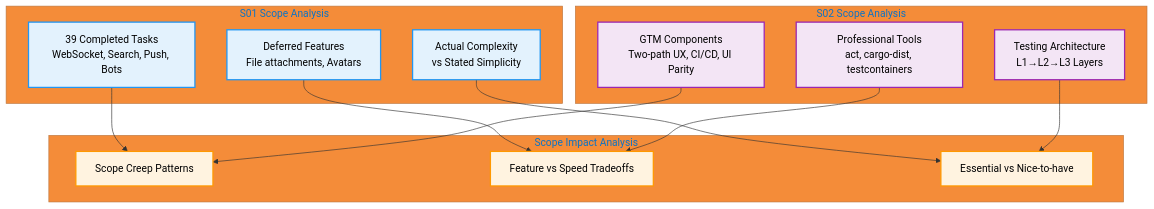
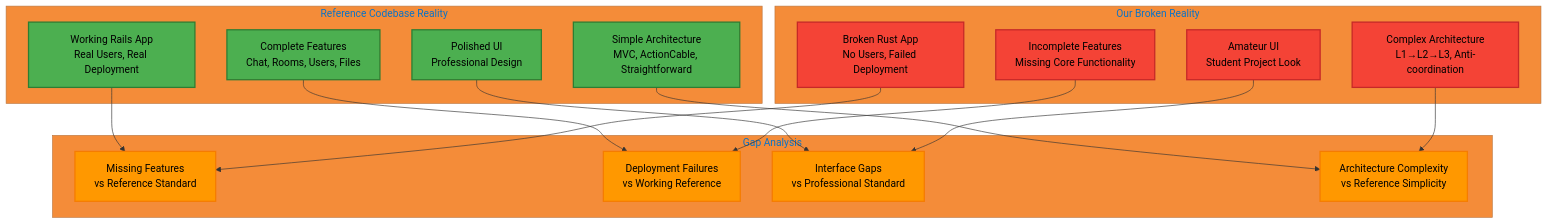
Before and after one commit to that-in-rust/campfire-on-rust: the second of 7 diagrams in .kiro/specs/S03-reflect-learn-improve-sop/design.md, drawn with Mermaid. The commit also changed other lines of this file and 2 other files, not shown here.

````diff
--- a/.kiro/specs/S03-reflect-learn-improve-sop/design.md
+++ b/.kiro/specs/S03-reflect-learn-improve-sop/design.md
@@ -79,37 +86,44 @@
 ```mermaid
 %%{init: {'theme':'base', 'themeVariables': {'primaryColor':'#2196f3','primaryTextColor':'#000000','primaryBorderColor':'#2196f3','lineColor':'#333333'}}}%%
 graph TD
-    subgraph "S01 Scope Analysis"
-        S01_FEATURES[39 Completed Tasks<br/>WebSocket, Search, Push, Bots]
-        S01_EXCLUDED[Deferred Features<br/>File attachments, Avatars]
-        S01_COMPLEXITY[Actual Complexity<br/>vs Stated Simplicity]
+    subgraph "Reference Codebase Reality"
+        REF_WORKS[Working Rails App<br/>Real Users, Real Deployment]
+        REF_SIMPLE[Simple Architecture<br/>MVC, ActionCable, Straightforward]
+        REF_FEATURES[Complete Features<br/>Chat, Rooms, Users, Files]
+        REF_UI[Polished UI<br/>Professional Design]
     end
     
-    subgraph "S02 Scope Analysis"
-        S02_GTM[GTM Components<br/>Two-path UX, CI/CD, UI Parity]
-        S02_TOOLS[Professional Tools<br/>act, cargo-dist, testcontainers]
-        S02_VALIDATION[Testing Architecture<br/>L1→L2→L3 Layers]
+    subgraph "Our Broken Reality"
+        OUR_BROKEN[Broken Rust App<br/>No Users, Failed Deployment]
+        OUR_COMPLEX[Complex Architecture<br/>L1→L2→L3, Anti-coordination]
+        OUR_INCOMPLETE[Incomplete Features<br/>Missing Core Functionality]
+        OUR_AMATEUR[Amateur UI<br/>Student Project Look]
     end
     
-    subgraph "Scope Impact Analysis"
-        CREEP[Scope Creep Patterns]
-        TRADE[Feature vs Speed Tradeoffs]
-        ESSENTIAL[Essential vs Nice-to-have]
+    subgraph "Gap Analysis"
+        FEATURE_GAPS[Missing Features<br/>vs Reference Standard]
+        DEPLOY_GAPS[Deployment Failures<br/>vs Working Reference]
+        UI_GAPS[Interface Gaps<br/>vs Professional Standard]
+        ARCH_GAPS[Architecture Complexity<br/>vs Reference Simplicity]
     end
     
-    S01_FEATURES --> CREEP
-    S01_EXCLUDED --> TRADE
-    S01_COMPLEXITY --> ESSENTIAL
+    REF_WORKS --> FEATURE_GAPS
+    OUR_BROKEN --> FEATURE_GAPS
     
-    S02_GTM --> CREEP
-    S02_TOOLS --> TRADE
-    S02_VALIDATION --> ESSENTIAL
+    REF_SIMPLE --> ARCH_GAPS
+    OUR_COMPLEX --> ARCH_GAPS
     
-    classDef s01 fill:#e3f2fd,stroke:#2196f3,stroke-width:2px,color:#000000
-    classDef s02 fill:#f3e5f5,stroke:#9c27b0,stroke-width:2px,color:#000000
-    classDef analysis fill:#fff3e0,stroke:#ff9800,stroke-width:2px,color:#000000
+    REF_FEATURES --> DEPLOY_GAPS
+    OUR_INCOMPLETE --> DEPLOY_GAPS
     
-    class S01_FEATURES,S01_EXCLUDED,S01_COMPLEXITY s01
-    class S02_GTM,S02_TOOLS,S02_VALIDATION s02
-    class CREEP,TRADE,ESSENTIAL analysis
+    REF_UI --> UI_GAPS
+    OUR_AMATEUR --> UI_GAPS
+    
+    classDef reference fill:#4caf50,stroke:#2e7d32,stroke-width:2px,color:#000000
+    classDef broken fill:#f44336,stroke:#c62828,stroke-width:2px,color:#000000
+    classDef gaps fill:#ff9800,stroke:#f57c00,stroke-width:2px,color:#000000
+    
+    class REF_WORKS,REF_SIMPLE,REF_FEATURES,REF_UI reference
+    class OUR_BROKEN,OUR_COMPLEX,OUR_INCOMPLETE,OUR_AMATEUR broken
+    class FEATURE_GAPS,DEPLOY_GAPS,UI_GAPS,ARCH_GAPS gaps
 ```
````
